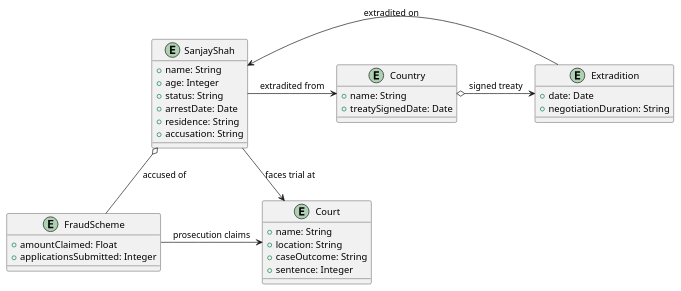
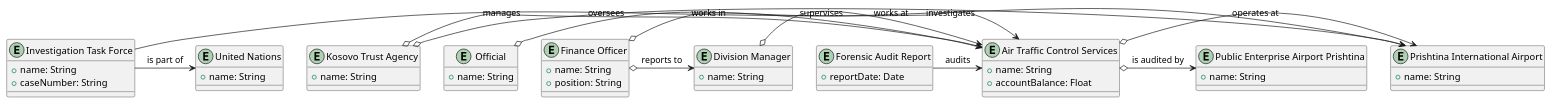
One commit to minghan101/text-analytics-dashboard changed the diagram in backend/temp.puml. Above: the diagram before and after it, drawn with PlantUML. The commit also changed 8 other files, not shown here.

```diff
--- a/backend/temp.puml
+++ b/backend/temp.puml
@@ -1,39 +1,56 @@
 @startuml
-entity SanjayShah {
+entity "Investigation Task Force" as ITF {
     +name: String
-    +age: Integer
-    +status: String
-    +arrestDate: Date
-    +residence: String
-    +accusation: String
+    +caseNumber: String
 }
 
-entity Court {
+entity "United Nations" as UN {
     +name: String
-    +location: String
-    +caseOutcome: String
-    +sentence: Integer
 }
 
-entity Country {
+entity "Prishtina International Airport" as PIA {
     +name: String
-    +treatySignedDate: Date
 }
 
-entity Extradition {
-    +date: Date
-    +negotiationDuration: String
+entity "Air Traffic Control Services" as ATCS {
+    +name: String
+    +accountBalance: Float
 }
 
-entity FraudScheme {
-    +amountClaimed: Float
-    +applicationsSubmitted: Integer
+entity "Public Enterprise Airport Prishtina" as PEAP {
+    +name: String
 }
 
-SanjayShah -> Court : faces trial at
-SanjayShah -> Country : extradited from
-Country o-> Extradition : signed treaty
-Extradition -> SanjayShah : extradited on
-SanjayShah o-- FraudScheme : accused of
-FraudScheme -> Court : prosecution claims
+entity "Kosovo Trust Agency" as KTA {
+    +name: String
+}
+
+entity "Division Manager" as DM {
+    +name: String
+}
+
+entity "Finance Officer" as FO {
+    +name: String
+    +position: String
+}
+
+entity "Official" as O {
+    +name: String
+}
+
+entity "Forensic Audit Report" as FAR {
+    +reportDate: Date
+}
+
+ITF -> UN : "is part of"
+ITF -> ATCS : "investigates"
+ATCS o-> PIA : "operates at"
+ATCS o-> PEAP : "is audited by"
+KTA o-> PIA : "oversees"
+KTA o-> ATCS : "manages"
+DM o-> ATCS : "supervises"
+FO o-> ATCS : "works in"
+FO o-> DM : "reports to"
+O o-> PIA : "works at"
+FAR -> ATCS : "audits"
 @enduml
```
